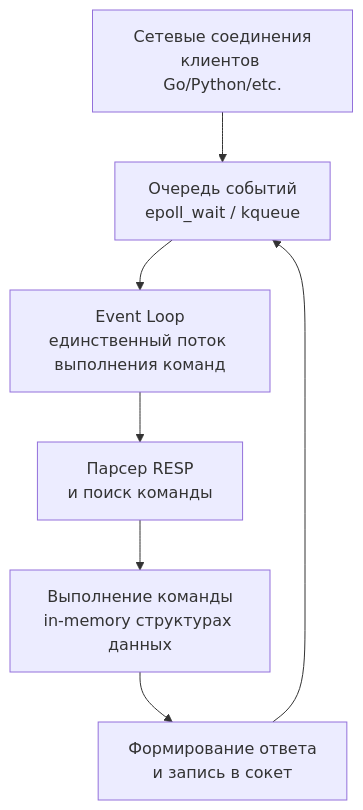
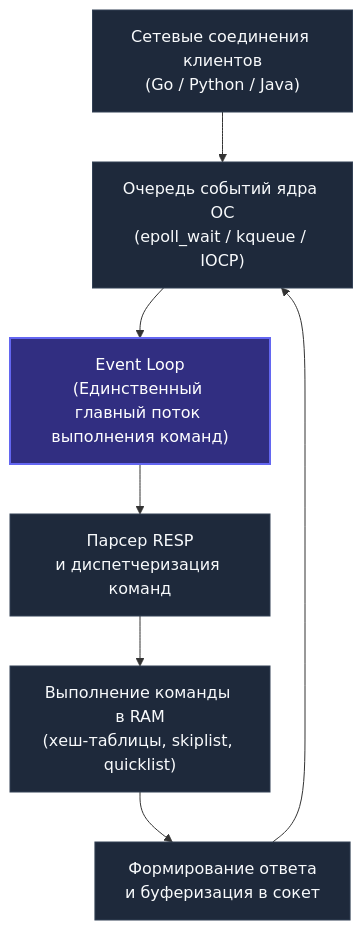
Before and after one commit to UnrealTemplier/go-textbook: the first of 2 diagrams in sources/12. Базы данных/09. NoSQL базы/3. Redis. Архитектура и применение.md, drawn with Mermaid. The commit also changed other lines of this file, not shown here.

````diff
--- a/sources/12. Базы данных/09. NoSQL базы/3. Redis. Архитектура и применение.md
+++ b/sources/12. Базы данных/09. NoSQL базы/3. Redis. Архитектура и применение.md
@@ -13,9 +19,13 @@
 ```mermaid
 flowchart TD
-    A["Сетевые соединения<br>клиентов Go/Python/etc."] --> B["Очередь событий<br>epoll_wait / kqueue"]
-    B --> C["Event Loop<br>единственный поток выполнения команд"]
-    C --> D["Парсер RESP<br>и поиск команды"]
-    D --> E["Выполнение команды<br>in-memory структурах данных"]
-    E --> F["Формирование ответа<br>и запись в сокет"]
-    F --> B
+    Clients["Сетевые соединения клиентов<br>(Go / Python / Java)"] --> EpollQueue["Очередь событий ядра ОС<br>(epoll_wait / kqueue / IOCP)"]
+    EpollQueue --> MainLoop["Event Loop<br>(Единственный главный поток выполнения команд)"]
+    MainLoop --> RespParser["Парсер RESP<br>и диспетчеризация команд"]
+    RespParser --> MemOps["Выполнение команды в RAM<br>(хеш-таблицы, skiplist, quicklist)"]
+    MemOps --> WriteBack["Формирование ответа<br>и буферизация в сокет"]
+    WriteBack --> EpollQueue
+
+    classDef default fill:#1e293b,stroke:#334155,color:#f8fafc;
+    classDef loop fill:#312e81,stroke:#6366f1,color:#ffffff,stroke-width:2px;
+    class MainLoop loop;
 ```
````
